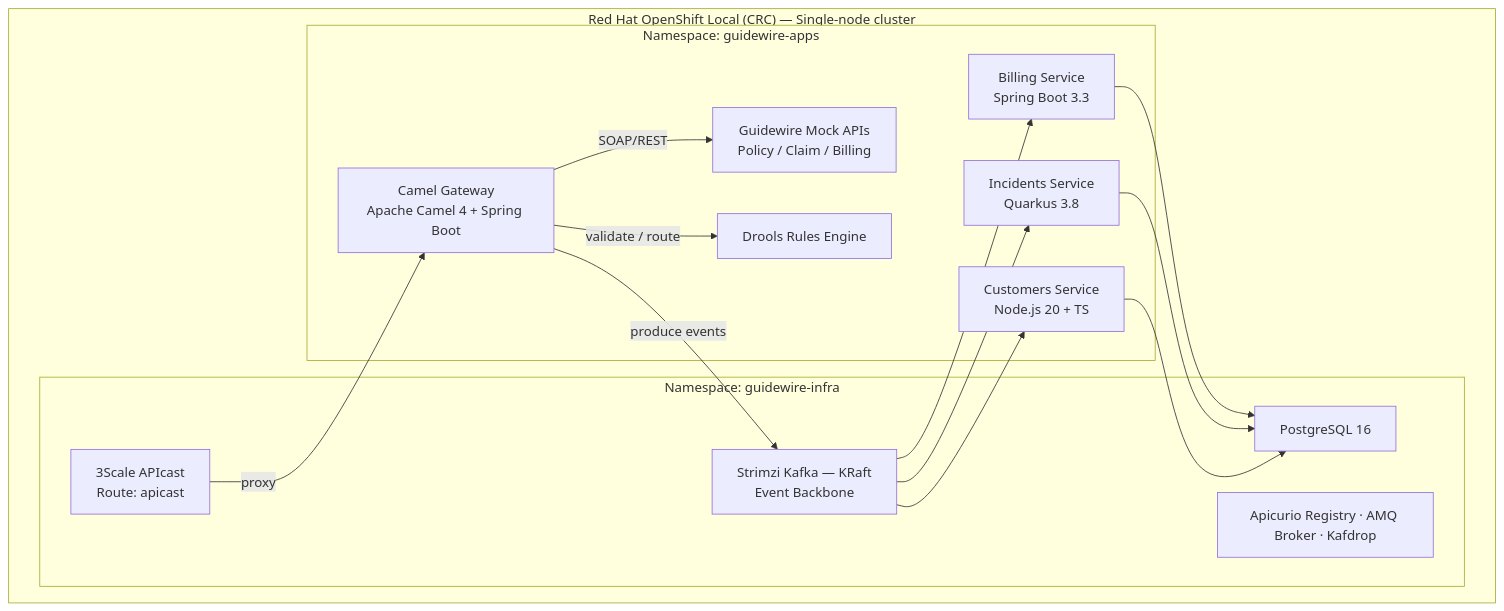
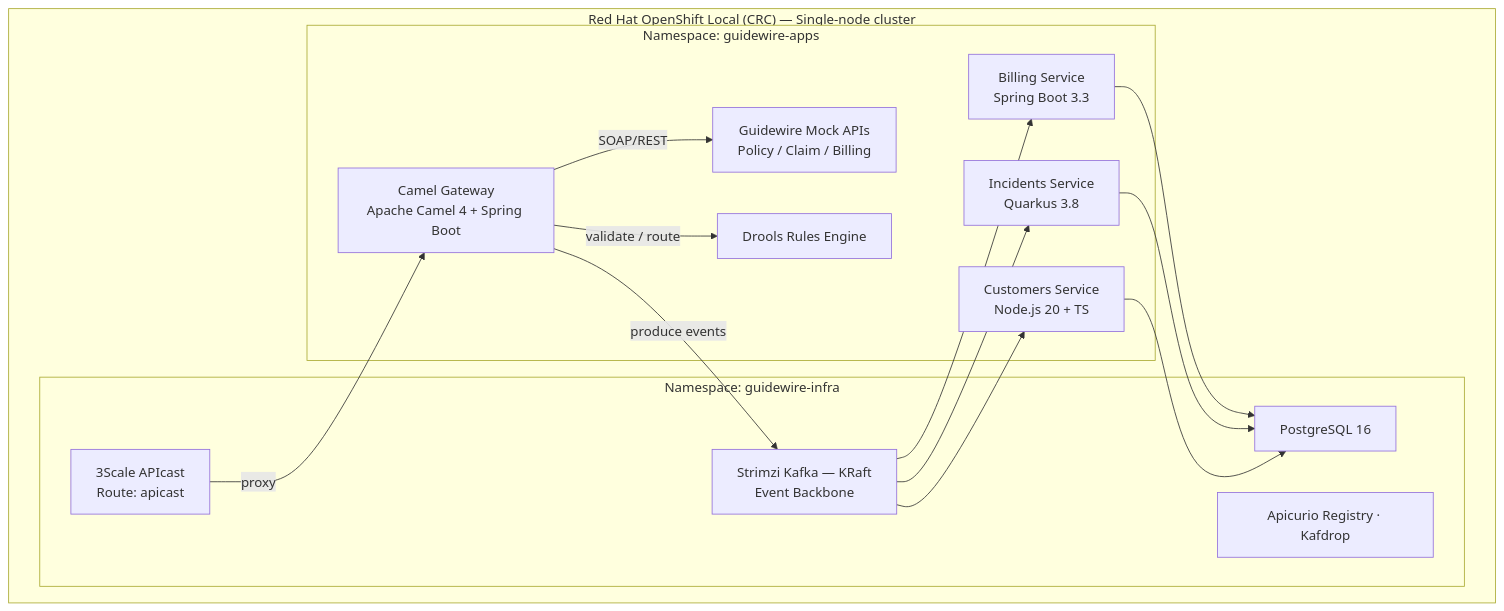
One commit to monghithub/guidewire changed the first of 2 diagrams in README.md. Above: the diagram before and after it, drawn with Mermaid. The commit also changed other lines of this file and 9 other files, not shown here.

````diff
--- a/README.md
+++ b/README.md
@@ -36,31 +35,31 @@
 ```mermaid
 graph TD
     subgraph CRC["Red Hat OpenShift Local (CRC) — Single-node cluster"]
         subgraph infra["Namespace: guidewire-infra"]
             threescale["3Scale APIcast<br/>Route: apicast"]
             kafka["Strimzi Kafka — KRaft<br/>Event Backbone"]
             pg["PostgreSQL 16"]
-            support["Apicurio Registry · AMQ Broker · Kafdrop"]
+            support["Apicurio Registry · Kafdrop"]
         end
 
         subgraph apps["Namespace: guidewire-apps"]
             camel["Camel Gateway<br/>Apache Camel 4 + Spring Boot"]
             gw["Guidewire Mock APIs<br/>Policy / Claim / Billing"]
             drools["Drools Rules Engine"]
             billing["Billing Service<br/>Spring Boot 3.3"]
             incidents["Incidents Service<br/>Quarkus 3.8"]
             customers["Customers Service<br/>Node.js 20 + TS"]
         end
 
         threescale -->|proxy| camel
         camel -->|SOAP/REST| gw
         camel -->|validate / route| drools
         camel -->|produce events| kafka
         kafka --> billing
         kafka --> incidents
         kafka --> customers
         billing --> pg
         incidents --> pg
         customers --> pg
     end
 ```
````
